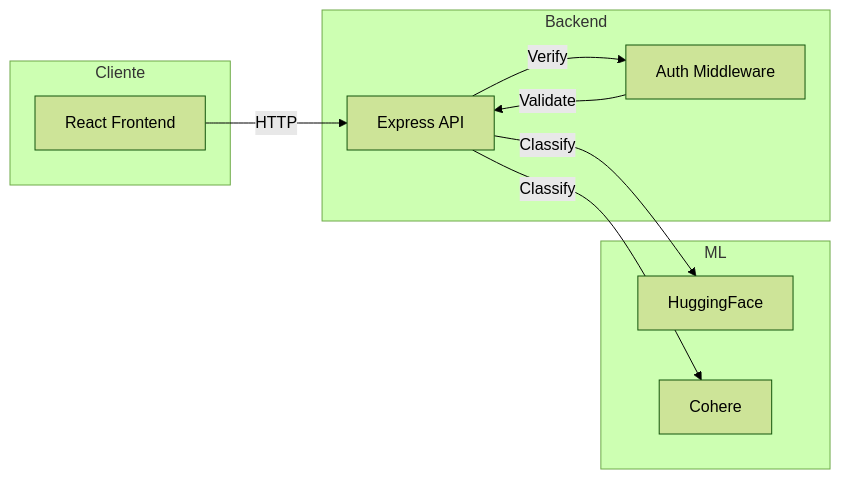
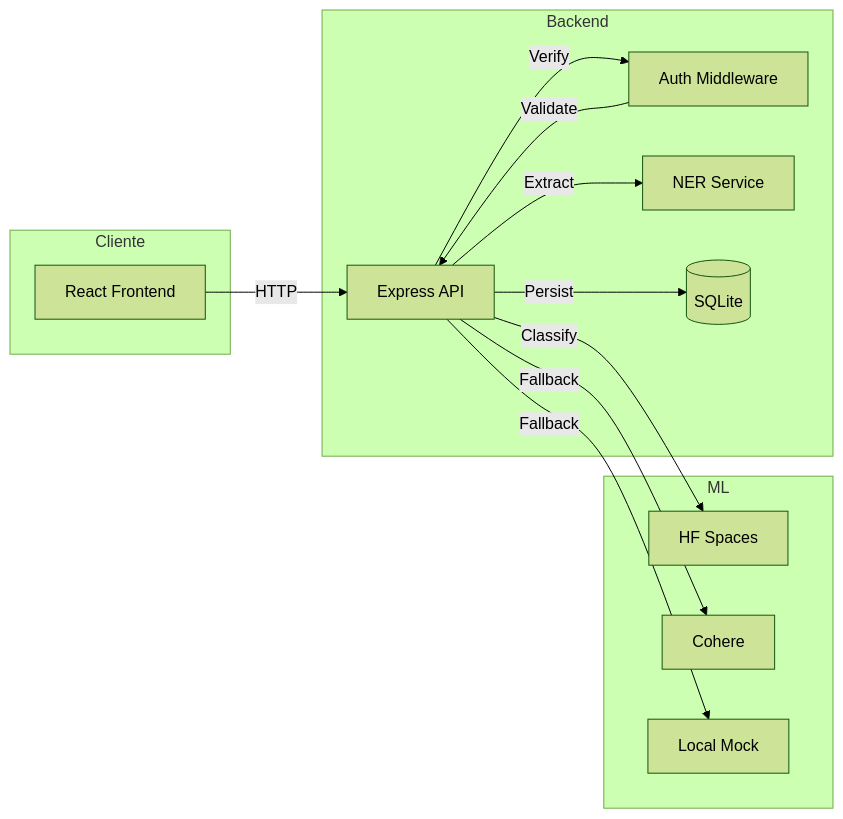
One commit to cavalcanteprofissional/ouvidoria-ai changed the first of 6 diagrams in README.md. Above: the diagram before and after it, drawn with Mermaid (forest theme). The commit also changed other lines of this file, not shown here.

Commit message:
docs(readme): update architecture to reflect current implementation

````diff
--- a/README.md
+++ b/README.md
@@ -34,22 +34,28 @@
 ```mermaid
 graph LR
     subgraph ML
-        HF[HuggingFace]
+        HF[HF Spaces]
         CB[Cohere]
+        Local[Local Mock]
     end
 
     subgraph Backend
         API[Express API]
         Auth[Auth Middleware]
+        NER[NER Service]
+        DB[(SQLite)]
     end
 
     subgraph Cliente
         FE[React Frontend]
     end
 
     FE -->|HTTP| API
     API -->|Verify| Auth
     Auth -->|Validate| API
     API -->|Classify| HF
-    API -->|Classify| CB
+    API -->|Fallback| Local
+    API -->|Fallback| CB
+    API -->|Extract| NER
+    API -->|Persist| DB
 ```
````
